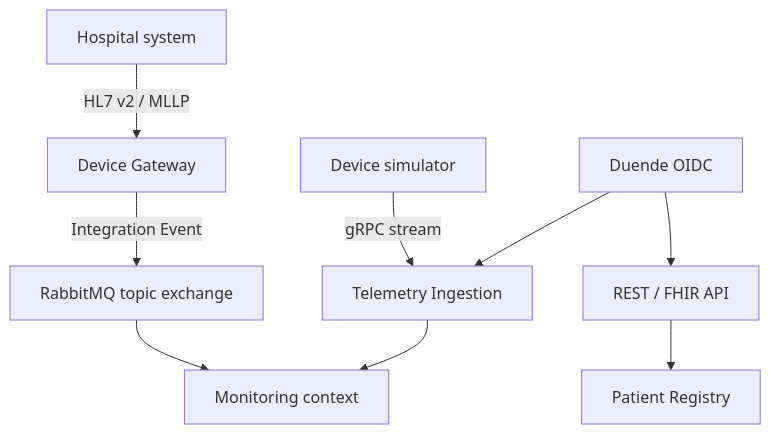
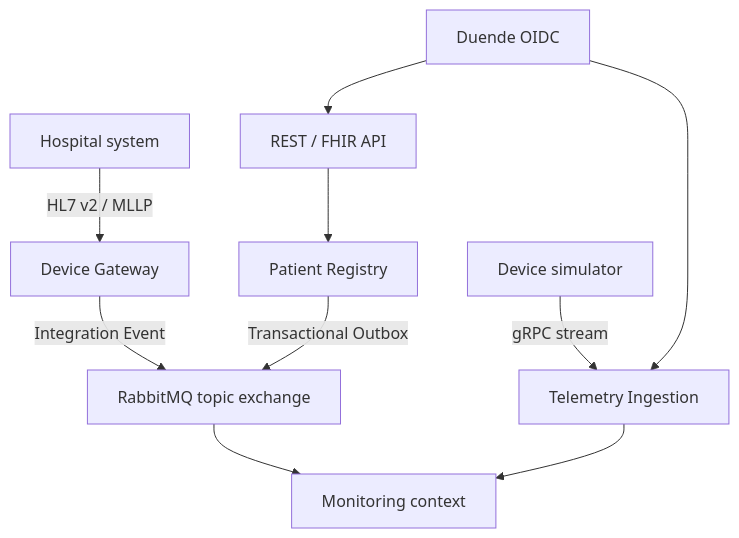
One commit to HasdrubalTn/pulseguard-platform changed the diagram in README.md. Above: the diagram before and after it, drawn with Mermaid. The commit also changed other lines of this file and 38 other files, not shown here.

Commit message:
feat(messaging): add transactional outbox and inbox

````diff
--- a/README.md
+++ b/README.md
@@ -21,11 +22,12 @@
 ```mermaid
 flowchart TD
     HIS["Hospital system"] -->|"HL7 v2 / MLLP"| GW["Device Gateway"]
     DEV["Device simulator"] -->|"gRPC stream"| TEL["Telemetry Ingestion"]
     GW -->|"Integration Event"| RMQ["RabbitMQ topic exchange"]
     RMQ --> MON["Monitoring context"]
     TEL --> MON
     API["REST / FHIR API"] --> PAT["Patient Registry"]
+    PAT -->|"Transactional Outbox"| RMQ
     OIDC["Duende OIDC"] --> API
     OIDC --> TEL
 ```
````
